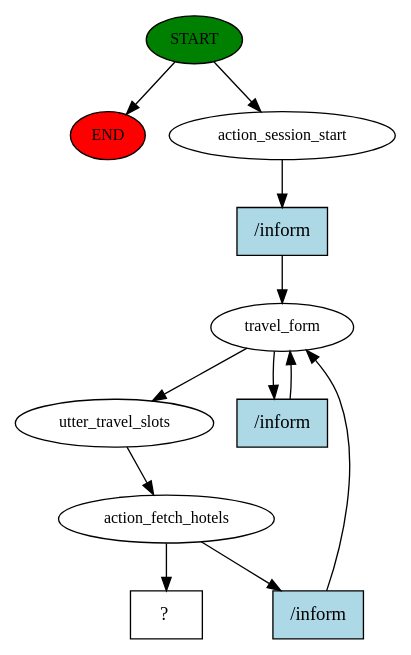
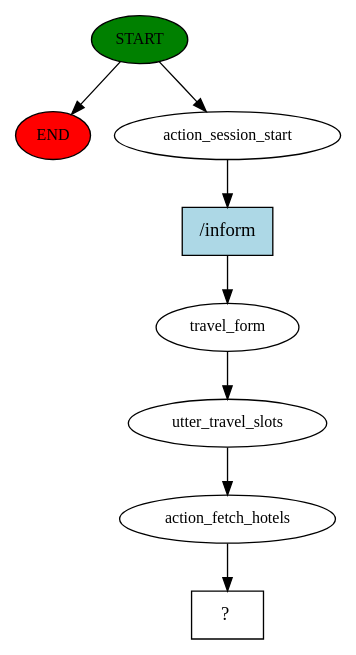
The diagram in chatbot-backend/story_graph.dot (BrownMunda1/tbo-travel-chatbot), drawn with Graphviz before and after one commit. The commit also changed 41 other files, not shown here.

```diff
--- a/chatbot-backend/story_graph.dot
+++ b/chatbot-backend/story_graph.dot
@@ -1,23 +1,17 @@
 digraph  {
 0 [class="start active", fillcolor=green, fontsize=12, label=START, style=filled];
 "-1" [class=end, fillcolor=red, fontsize=12, label=END, style=filled];
 1 [class=active, fontsize=12, label=action_session_start];
 2 [class=active, fontsize=12, label=travel_form];
-4 [class=active, fontsize=12, label=utter_travel_slots];
-5 [class=active, fontsize=12, label=action_fetch_hotels];
-9 [class="intent dashed active", label="  ?  ", shape=rect];
-10 [class="intent active", fillcolor=lightblue, label="/inform", shape=rect, style=filled];
-11 [class="intent active", fillcolor=lightblue, label="/inform", shape=rect, style=filled];
-12 [class="intent active", fillcolor=lightblue, label="/inform", shape=rect, style=filled];
+3 [class=active, fontsize=12, label=utter_travel_slots];
+4 [class=active, fontsize=12, label=action_fetch_hotels];
+5 [class="intent dashed active", label="  ?  ", shape=rect];
+6 [class="intent active", fillcolor=lightblue, label="/inform", shape=rect, style=filled];
 0 -> "-1"  [class="", key=NONE, label=""];
 0 -> 1  [class=active, key=NONE, label=""];
-1 -> 10  [class=active, key=0];
-2 -> 4  [class=active, key=NONE, label=""];
-2 -> 11  [class=active, key=0];
+1 -> 6  [class=active, key=0];
+2 -> 3  [class=active, key=NONE, label=""];
+3 -> 4  [class=active, key=NONE, label=""];
 4 -> 5  [class=active, key=NONE, label=""];
-5 -> 9  [class=active, key=NONE, label=""];
-5 -> 12  [class=active, key=0];
-10 -> 2  [class=active, key=0];
-11 -> 2  [class=active, key=0];
-12 -> 2  [class=active, key=0];
+6 -> 2  [class=active, key=0];
 }
```
